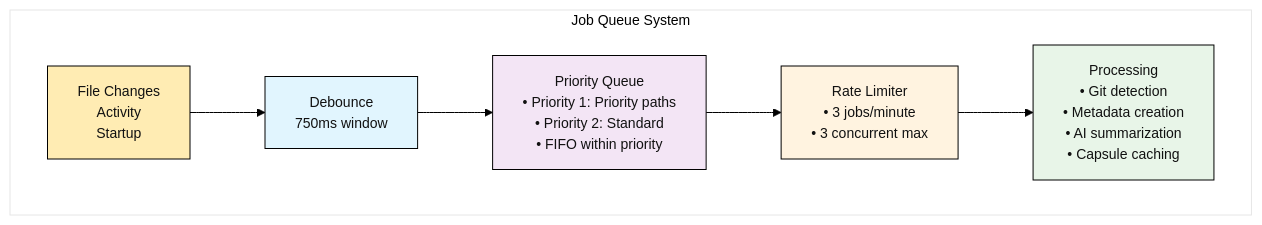
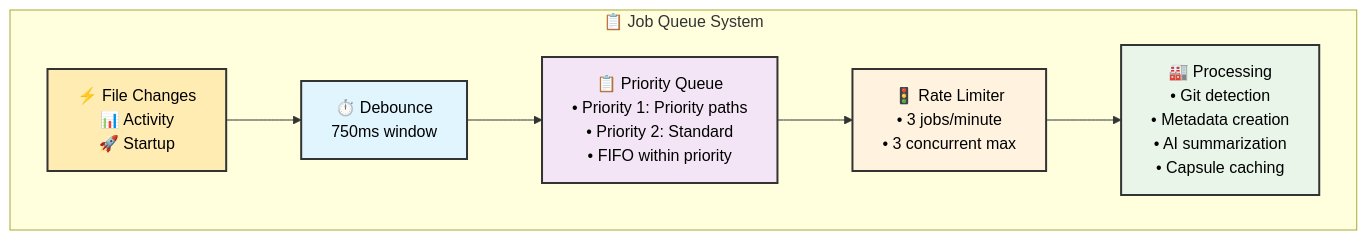
Before and after one commit to atifshafi/workspace-mcp: the fifth of 5 diagrams in README.md, drawn with Mermaid. The commit also changed other lines of this file and 1 other file, not shown here.

First line of the commit message:
🔧 Fix Mermaid diagrams for GitHub compatibility

````diff
--- a/README.md
+++ b/README.md
@@ -404,28 +423,33 @@
 ```mermaid
-%%{init: {"theme": "base", "themeVariables": {"primaryColor": "#ffffff", "primaryTextColor": "#000000", "primaryBorderColor": "#000000", "lineColor": "#000000", "secondaryColor": "#f0f0f0", "tertiaryColor": "#ffffff", "background": "#ffffff", "mainBkg": "#ffffff", "secondaryTextColor": "#000000", "tertiaryTextColor": "#000000", "fontSize": "14px"}} }%%
-graph LR
-    subgraph "Job Queue System"
+flowchart LR
+    subgraph QueueSystem ["📋 Job Queue System"]
         direction LR
         
-        TRIGGER[File Changes<br/>Activity<br/>Startup]
+        TRIGGER["⚡ File Changes<br/>📊 Activity<br/>🚀 Startup"]
         
-        DEBOUNCE[Debounce<br/>750ms window]
+        DEBOUNCE["⏱️ Debounce<br/>750ms window"]
         
-        QUEUE[Priority Queue<br/>• Priority 1: Priority paths<br/>• Priority 2: Standard<br/>• FIFO within priority]
+        QUEUE["📋 Priority Queue<br/>• Priority 1: Priority paths<br/>• Priority 2: Standard<br/>• FIFO within priority"]
         
-        RATE[Rate Limiter<br/>• 3 jobs/minute<br/>• 3 concurrent max]
+        RATE["🚦 Rate Limiter<br/>• 3 jobs/minute<br/>• 3 concurrent max"]
         
-        PROCESS[Processing<br/>• Git detection<br/>• Metadata creation<br/>• AI summarization<br/>• Capsule caching]
+        PROCESS["🏭 Processing<br/>• Git detection<br/>• Metadata creation<br/>• AI summarization<br/>• Capsule caching"]
         
         TRIGGER --> DEBOUNCE
         DEBOUNCE --> QUEUE
         QUEUE --> RATE
         RATE --> PROCESS
     end
     
-    style TRIGGER fill:#ffecb3,color:#111111
-    style DEBOUNCE fill:#e1f5fe,color:#111111
-    style QUEUE fill:#f3e5f5,color:#111111
-    style RATE fill:#fff3e0,color:#111111
-    style PROCESS fill:#e8f5e8,color:#111111
+    classDef trigger fill:#ffecb3,stroke:#333,stroke-width:2px,color:#000
+    classDef debounce fill:#e1f5fe,stroke:#333,stroke-width:2px,color:#000
+    classDef queue fill:#f3e5f5,stroke:#333,stroke-width:2px,color:#000
+    classDef rate fill:#fff3e0,stroke:#333,stroke-width:2px,color:#000
+    classDef process fill:#e8f5e8,stroke:#333,stroke-width:2px,color:#000
+
+    class TRIGGER trigger
+    class DEBOUNCE debounce
+    class QUEUE queue
+    class RATE rate
+    class PROCESS process
 ```
````
